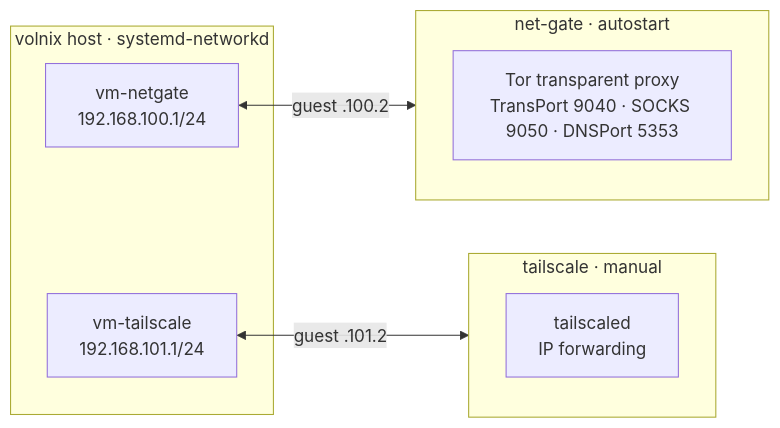
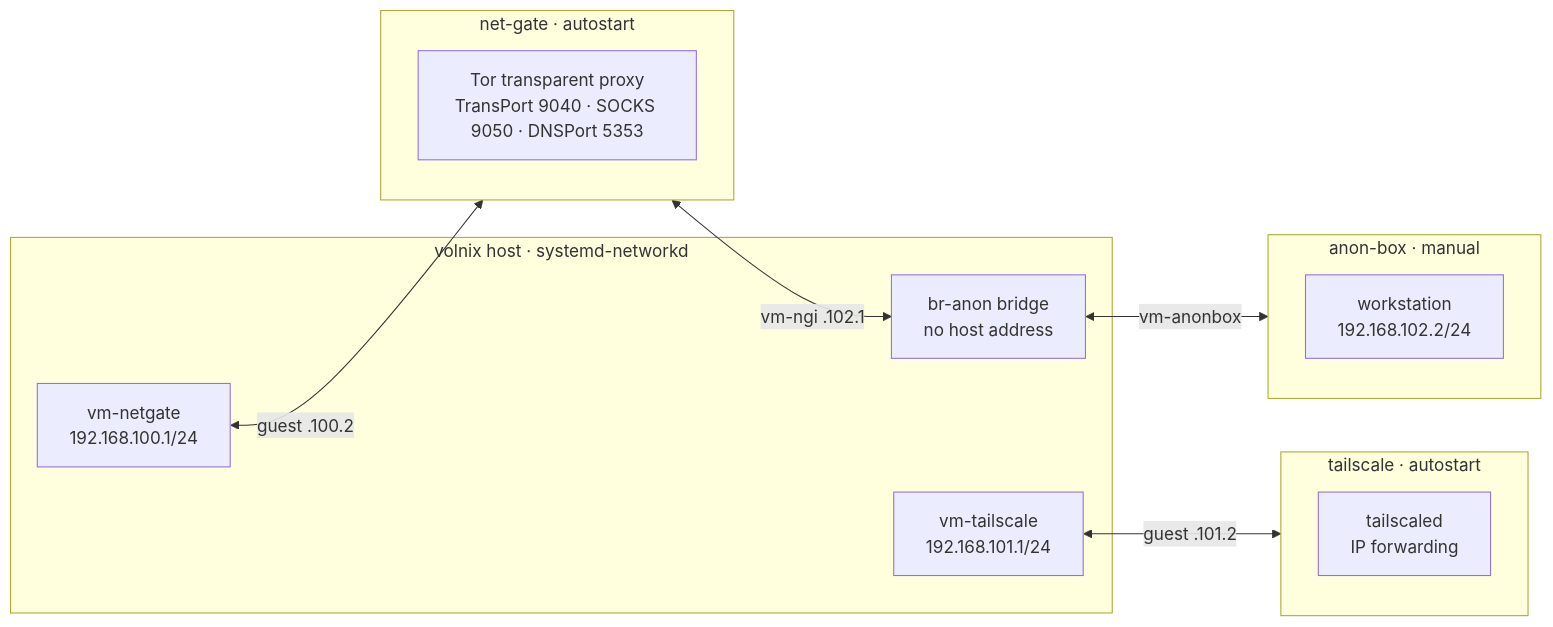
Before and after one commit to lowcache/volnixos-wiki: the diagram in content/en/networking/_index.md, drawn with Mermaid. The commit also changed other lines of this file and 36 other files, not shown here.

````diff
--- a/content/en/networking/_index.md
+++ b/content/en/networking/_index.md
@@ -14,15 +15,21 @@
 ```mermaid
 graph LR
     subgraph Host["volnix host · systemd-networkd"]
         H1["vm-netgate<br/>192.168.100.1/24"]
         H2["vm-tailscale<br/>192.168.101.1/24"]
+        BR["br-anon bridge<br/>no host address"]
     end
     subgraph NG["net-gate · autostart"]
         T["Tor transparent proxy<br/>TransPort 9040 · SOCKS 9050 · DNSPort 5353"]
     end
-    subgraph TSVM["tailscale · manual"]
+    subgraph TSVM["tailscale · autostart"]
         TS["tailscaled<br/>IP forwarding"]
+    end
+    subgraph AB["anon-box · manual"]
+        WS["workstation<br/>192.168.102.2/24"]
     end
     H1 <-->|"guest .100.2"| NG
     H2 <-->|"guest .101.2"| TSVM
+    NG <-->|"vm-ngi .102.1"| BR
+    BR <-->|"vm-anonbox"| AB
 ```
````
